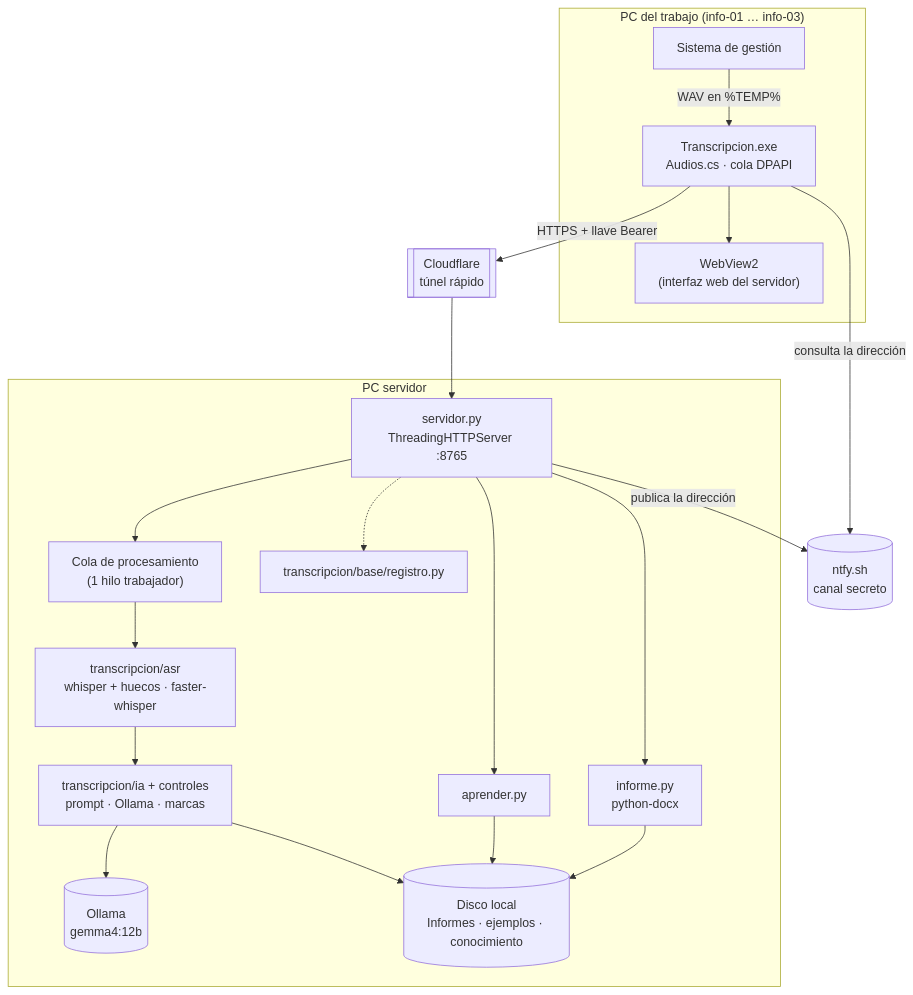
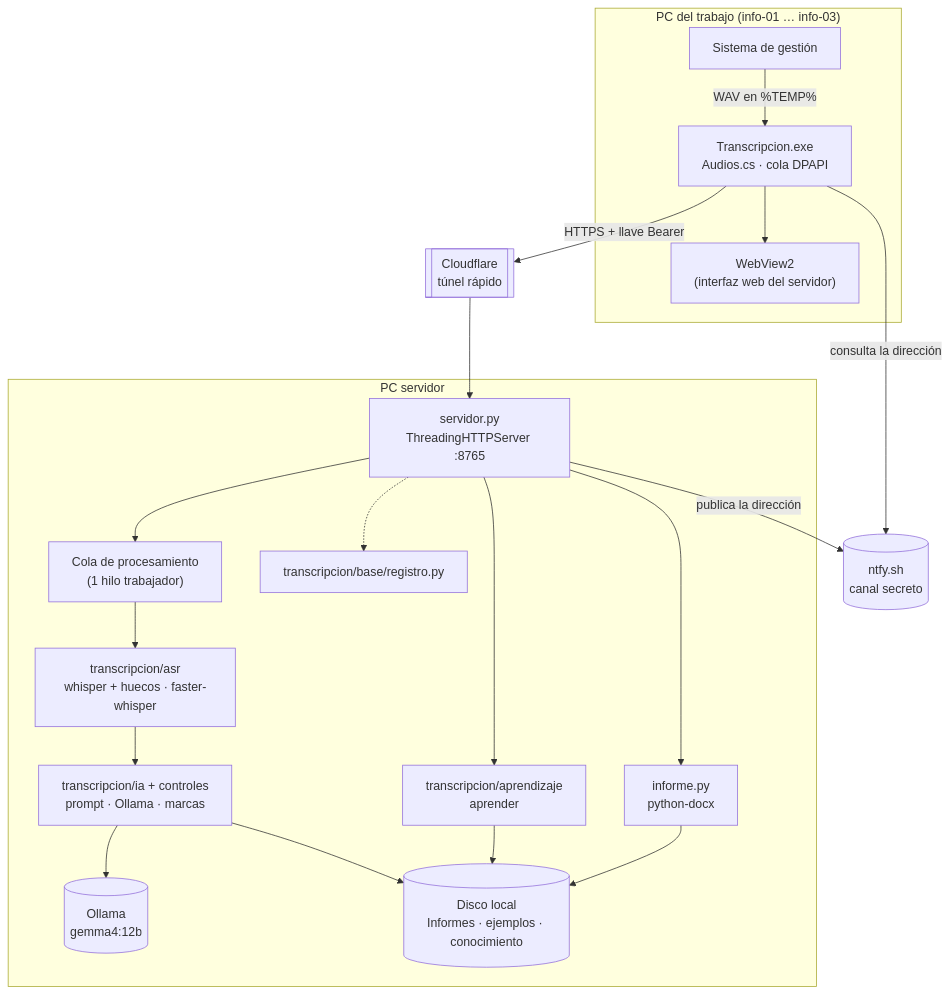
One commit to RodriEs11/Sistema-de-transcripcion-por-IA changed the first of 2 diagrams in docs/arquitectura.md. Above: the diagram before and after it, drawn with Mermaid. The commit also changed other lines of this file and 12 other files, not shown here.

````diff
--- a/docs/arquitectura.md
+++ b/docs/arquitectura.md
@@ -13,31 +13,31 @@
 ```mermaid
 flowchart TB
     subgraph PC_Trabajo["PC del trabajo (info-01 … info-03)"]
         GES["Sistema de gestión"] -- "WAV en %TEMP%" --> CLI["Transcripcion.exe<br/>Audios.cs · cola DPAPI"]
         CLI --> WV["WebView2<br/>(interfaz web del servidor)"]
     end
 
     NTFY[("ntfy.sh<br/>canal secreto")]
     CF[["Cloudflare<br/>túnel rápido"]]
 
     subgraph Servidor["PC servidor"]
         HTTP["servidor.py<br/>ThreadingHTTPServer :8765"]
         COLA["Cola de procesamiento<br/>(1 hilo trabajador)"]
         WH["transcripcion/asr<br/>whisper + huecos · faster-whisper"]
         NU["transcripcion/ia + controles<br/>prompt · Ollama · marcas"]
         OL[("Ollama<br/>gemma4:12b")]
         INF["informe.py<br/>python-docx"]
-        APR["aprender.py"]
+        APR["transcripcion/aprendizaje<br/>aprender"]
         REG["transcripcion/base/registro.py"]
         FS[("Disco local<br/>Informes · ejemplos · conocimiento")]
         HTTP --> COLA --> WH --> NU --> OL
         HTTP --> INF --> FS
         HTTP --> APR --> FS
         NU --> FS
         HTTP -.-> REG
     end
 
     CLI -- "HTTPS + llave Bearer" --> CF --> HTTP
     HTTP -- "publica la dirección" --> NTFY
     CLI -- "consulta la dirección" --> NTFY
 ```
````
